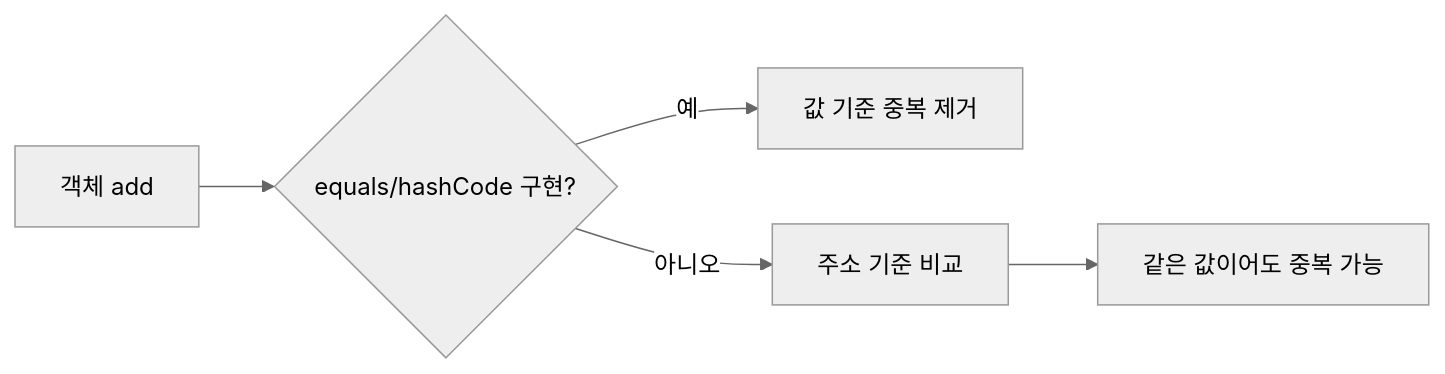
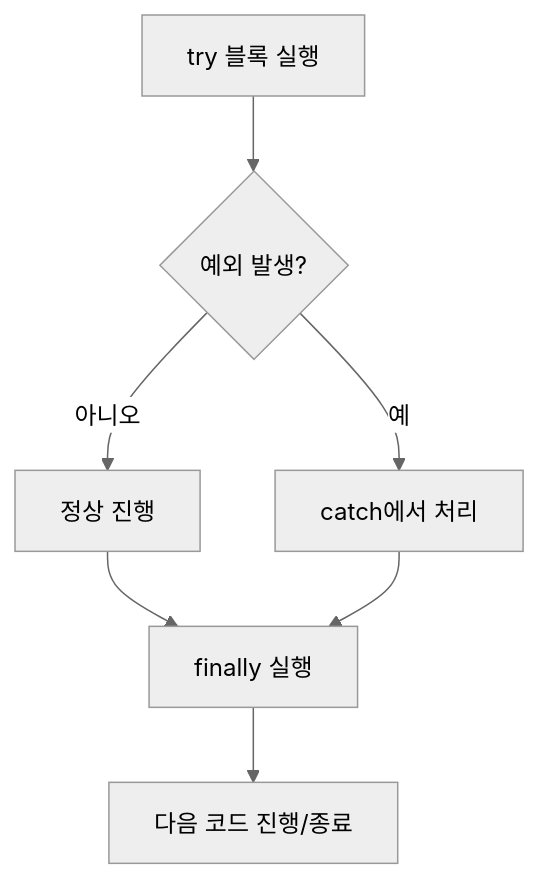
Before and after one commit to metaapple/kb7-java: the second of 2 diagrams in day8-lib/README.md, drawn with Mermaid (neutral theme). The commit also changed other lines of this file and 1 other file, not shown here.

````diff
--- a/day8-lib/README.md
+++ b/day8-lib/README.md
@@ -163,7 +205,9 @@
 ```mermaid
-flowchart LR
-    A[객체 add] --> B{equals/hashCode 구현?}
-    B -->|예| C[값 기준 중복 제거]
-    B -->|아니오| D[주소 기준 비교]
-    D --> E[같은 값이어도 중복 가능]
+flowchart TD
+  A[try 블록 실행] --> B{예외 발생?}
+  B -- 아니오 --> C[정상 진행]
+  B -- 예 --> D[catch에서 처리]
+  C --> E[finally 실행]
+  D --> E[finally 실행]
+  E --> F[다음 코드 진행/종료]
 ```
````
